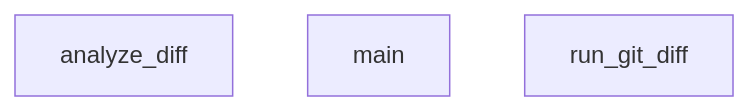
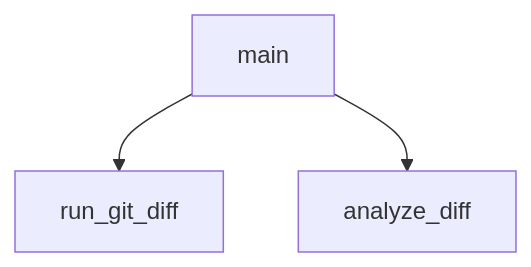
Before and after one commit to peckop/venthub-hvac-esite: the diagram in .agent/skills/diff-review/scripts/check_diff_rules.md, drawn with Mermaid. The commit also changed other lines of this file and 189 other files, not shown here.

````diff
--- a/.agent/skills/diff-review/scripts/check_diff_rules.md
+++ b/.agent/skills/diff-review/scripts/check_diff_rules.md
@@ -124,6 +114,8 @@
 ```mermaid
 graph TD
     check_diff_rules_py__analyze_diff["analyze_diff"]
     check_diff_rules_py__main["main"]
     check_diff_rules_py__run_git_diff["run_git_diff"]
+    check_diff_rules_py__main --> check_diff_rules_py__run_git_diff
+    check_diff_rules_py__main --> check_diff_rules_py__analyze_diff
 ```
````
